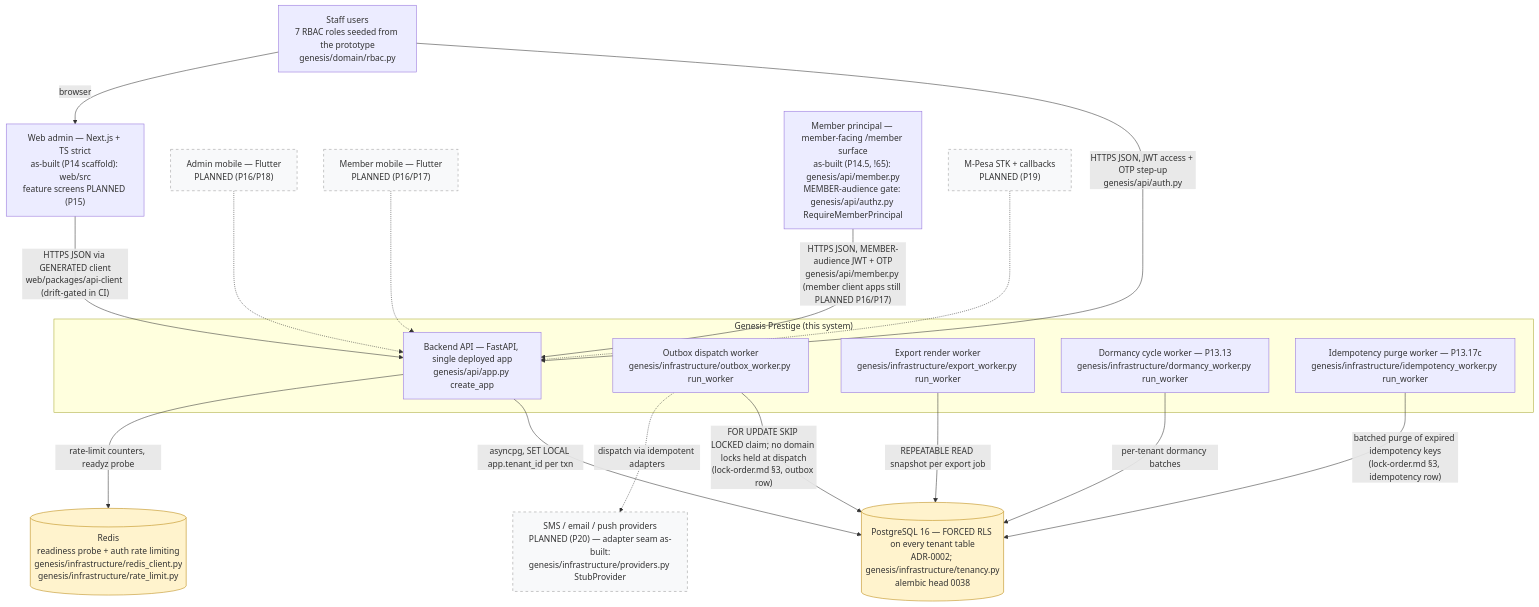
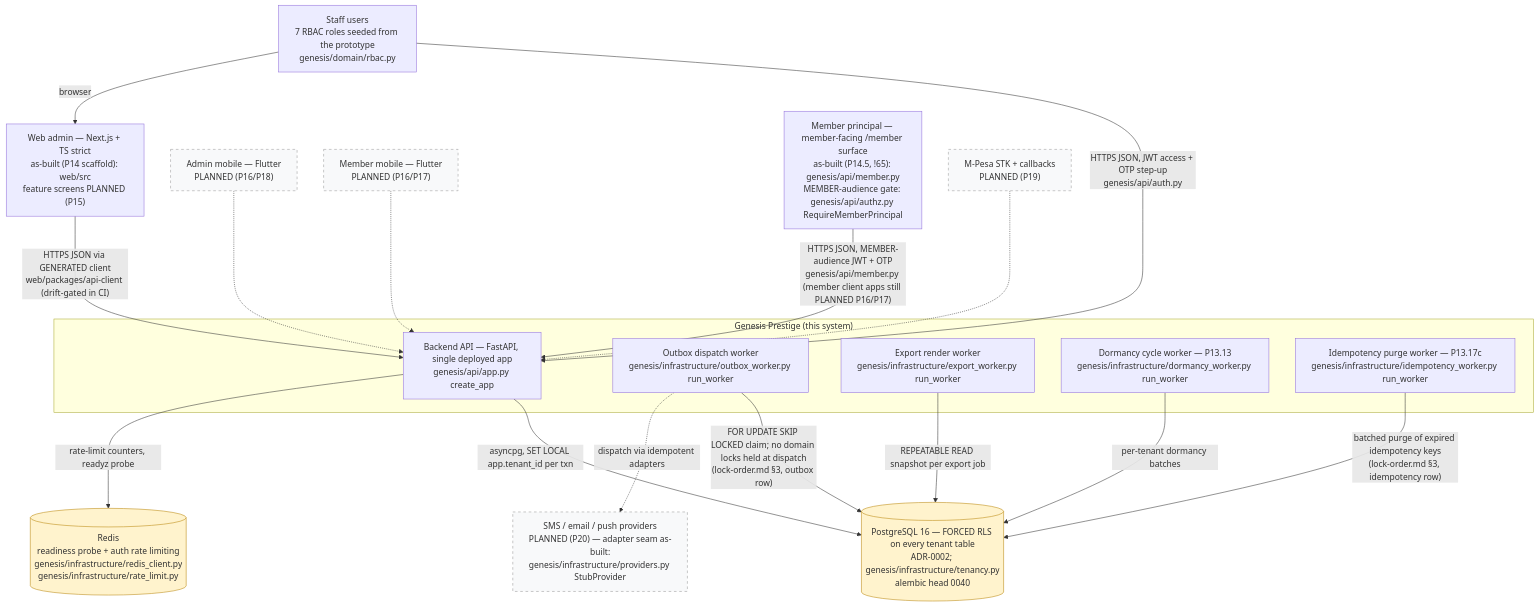
The diagram in docs/diagrams/c4-context.md (Benson-Kim/genesis-sacco), drawn with Mermaid before and after one commit. The commit also changed other lines of this file and 2 other files, not shown here.

First line of the commit message:
fix: #31 remediation — restore dropped httpx import (F821) + rule-11 C4 head refresh 0038 -> 0040

````diff
--- a/docs/diagrams/c4-context.md
+++ b/docs/diagrams/c4-context.md
@@ -44,46 +50,46 @@
 ```mermaid
 flowchart TB
     %% Authored against main @ 08541b860f1445b16c342c39b6606d86b9dbeb17
     %% L1 context — as-built boxes cite genesis modules; dashed = PLANNED (Pn).
 
     STAFF["Staff users<br/>7 RBAC roles seeded from the prototype<br/>genesis/domain/rbac.py"]
 
     subgraph SYS["Genesis Prestige (this system)"]
         API["Backend API — FastAPI, single deployed app<br/>genesis/api/app.py create_app"]
         OBW["Outbox dispatch worker<br/>genesis/infrastructure/outbox_worker.py run_worker"]
         EXW["Export render worker<br/>genesis/infrastructure/export_worker.py run_worker"]
         DMW["Dormancy cycle worker — P13.13<br/>genesis/infrastructure/dormancy_worker.py run_worker"]
         IDW["Idempotency purge worker — P13.17c<br/>genesis/infrastructure/idempotency_worker.py run_worker"]
     end
 
-    PG[("PostgreSQL 16 — FORCED RLS on every tenant table<br/>ADR-0002; genesis/infrastructure/tenancy.py<br/>alembic head 0038")]
+    PG[("PostgreSQL 16 — FORCED RLS on every tenant table<br/>ADR-0002; genesis/infrastructure/tenancy.py<br/>alembic head 0040")]
     RD[("Redis<br/>readiness probe + auth rate limiting<br/>genesis/infrastructure/redis_client.py<br/>genesis/infrastructure/rate_limit.py")]
 
     WEB["Web admin — Next.js + TS strict<br/>as-built (P14 scaffold): web/src<br/>feature screens PLANNED (P15)"]
     ADM["Admin mobile — Flutter<br/>PLANNED (P16/P18)"]
     MEM["Member mobile — Flutter<br/>PLANNED (P16/P17)"]
     MPR["Member principal — member-facing /member surface<br/>as-built (P14.5, !65): genesis/api/member.py<br/>MEMBER-audience gate: genesis/api/authz.py RequireMemberPrincipal"]
     MPESA["M-Pesa STK + callbacks<br/>PLANNED (P19)"]
     PROV["SMS / email / push providers<br/>PLANNED (P20) — adapter seam as-built:<br/>genesis/infrastructure/providers.py StubProvider"]
 
     STAFF -->|"HTTPS JSON, JWT access + OTP step-up<br/>genesis/api/auth.py"| API
     API -->|"asyncpg, SET LOCAL app.tenant_id per txn"| PG
     API -->|"rate-limit counters, readyz probe"| RD
     OBW -->|"FOR UPDATE SKIP LOCKED claim; no domain locks held at dispatch<br/>(lock-order.md §3, outbox row)"| PG
     EXW -->|"REPEATABLE READ snapshot per export job"| PG
     DMW -->|"per-tenant dormancy batches"| PG
     IDW -->|"batched purge of expired idempotency keys<br/>(lock-order.md §3, idempotency row)"| PG
     OBW -.->|"dispatch via idempotent adapters"| PROV
 
     STAFF -->|"browser"| WEB
     WEB -->|"HTTPS JSON via GENERATED client<br/>web/packages/api-client (drift-gated in CI)"| API
     ADM -.-> API
     MEM -.-> API
     MPR -->|"HTTPS JSON, MEMBER-audience JWT + OTP<br/>genesis/api/member.py (member client apps still PLANNED P16/P17)"| API
     MPESA -.-> API
 
     classDef planned fill:#f8f9fa,stroke:#999,stroke-dasharray: 5 5;
     class ADM,MEM,MPESA,PROV planned;
     classDef store fill:#fff3cd,stroke:#b8860b;
     class PG,RD store;
 ```
````
